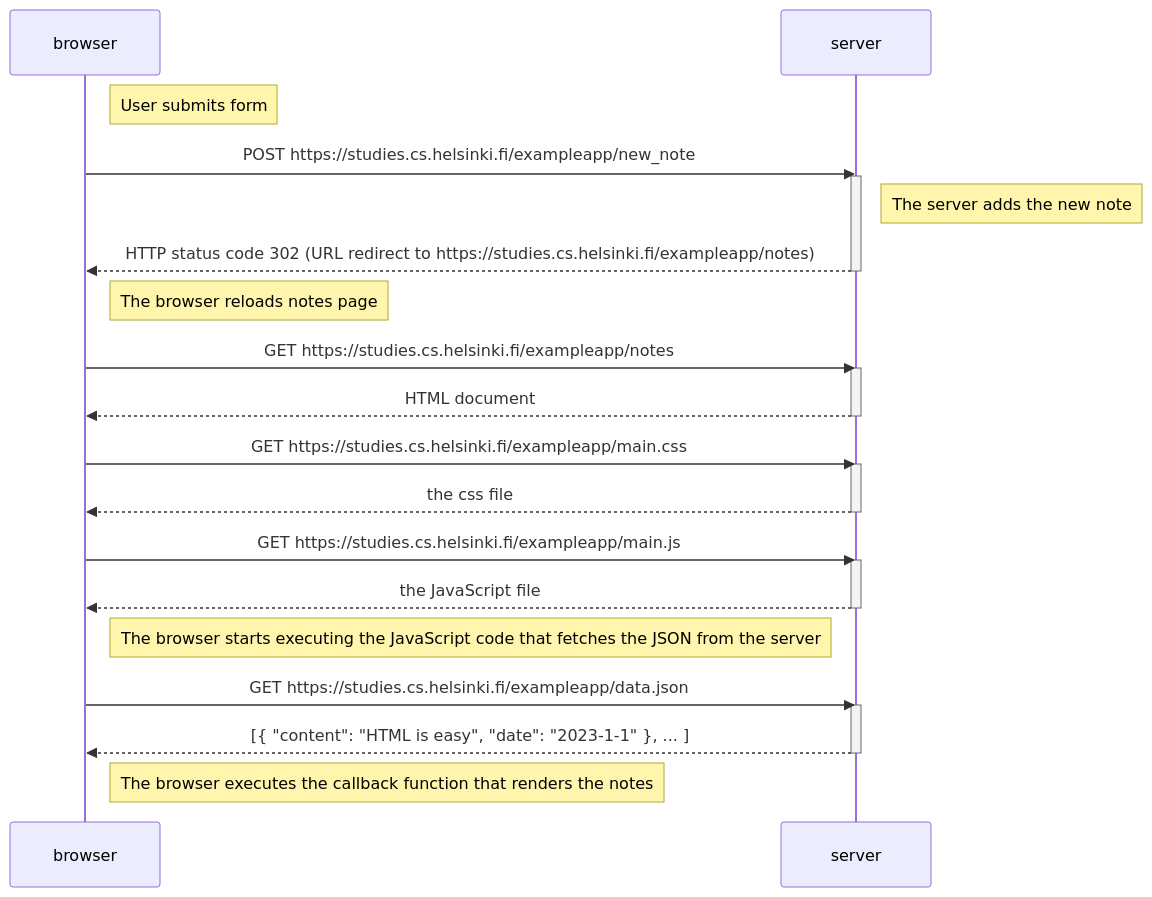
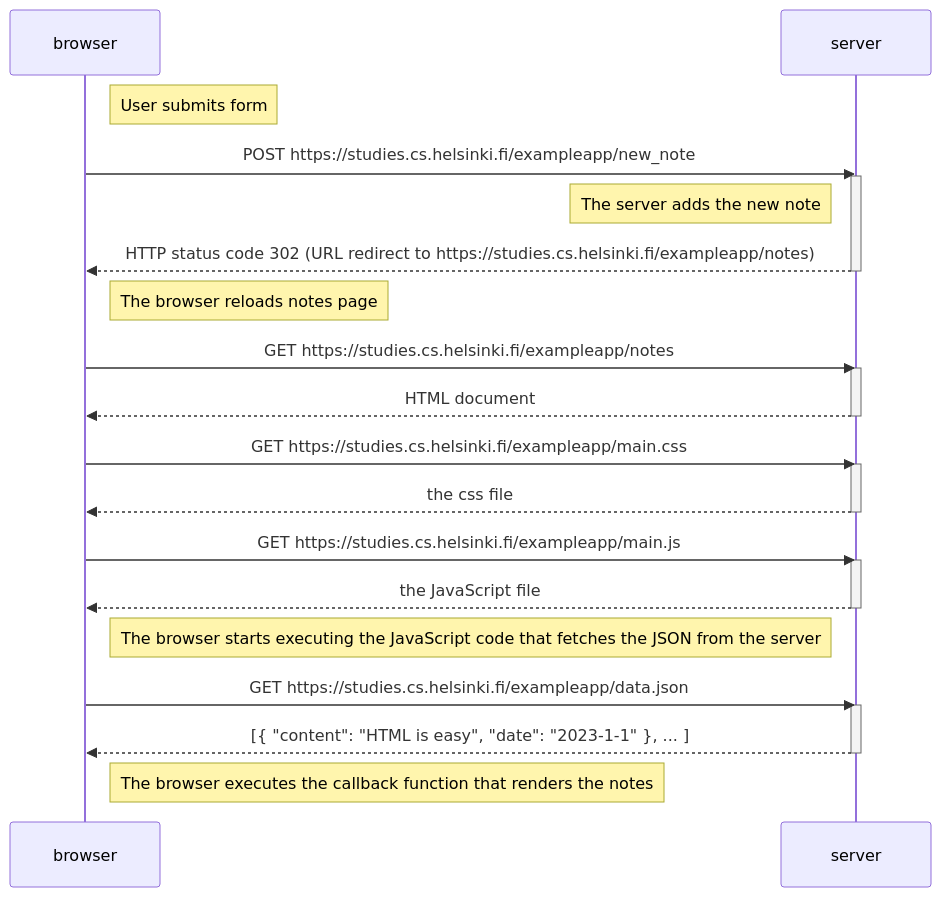
One commit to lalo-laf/fullstackopen changed the diagram in part0/0.4-new-note-diagram.md. Above: the diagram before and after it, drawn with Mermaid.

Commit message:
otro detalle

````diff
--- a/part0/0.4-new-note-diagram.md
+++ b/part0/0.4-new-note-diagram.md
@@ -1,41 +1,41 @@
 ```mermaid
 sequenceDiagram
     participant browser
     participant server
 
     Note right of browser: User submits form
 
     browser->>server: POST https://studies.cs.helsinki.fi/exampleapp/new_note
     activate server
 
-    Note right of server: The server adds the new note
+    Note left of server: The server adds the new note
 
     server-->>browser: HTTP status code 302 (URL redirect to https://studies.cs.helsinki.fi/exampleapp/notes)
     deactivate server
 
     Note right of browser: The browser reloads notes page
 
     browser->>server: GET https://studies.cs.helsinki.fi/exampleapp/notes
     activate server
     server-->>browser: HTML document
     deactivate server
 
     browser->>server: GET https://studies.cs.helsinki.fi/exampleapp/main.css
     activate server
     server-->>browser: the css file
     deactivate server
 
     browser->>server: GET https://studies.cs.helsinki.fi/exampleapp/main.js
     activate server
     server-->>browser: the JavaScript file
     deactivate server
 
     Note right of browser: The browser starts executing the JavaScript code that fetches the JSON from the server
 
     browser->>server: GET https://studies.cs.helsinki.fi/exampleapp/data.json
     activate server
     server-->>browser: [{ "content": "HTML is easy", "date": "2023-1-1" }, ... ]
     deactivate server
 
     Note right of browser: The browser executes the callback function that renders the notes
 ```
````
